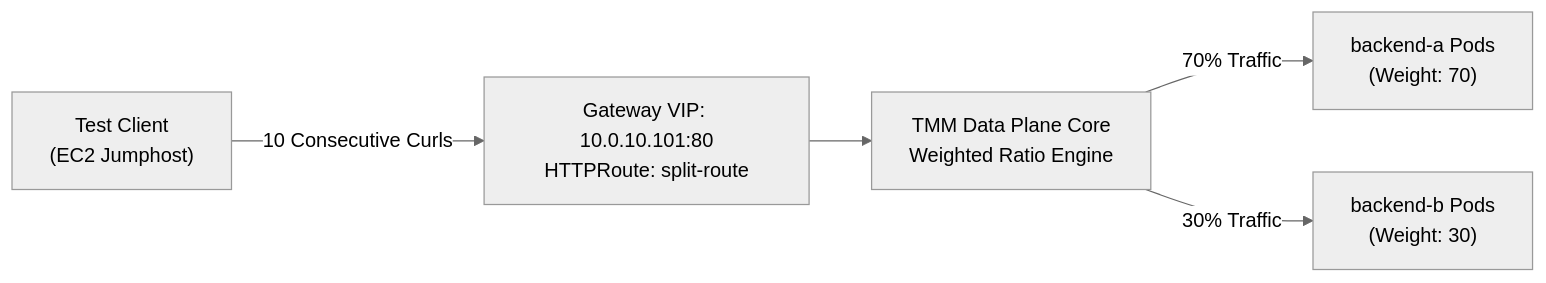
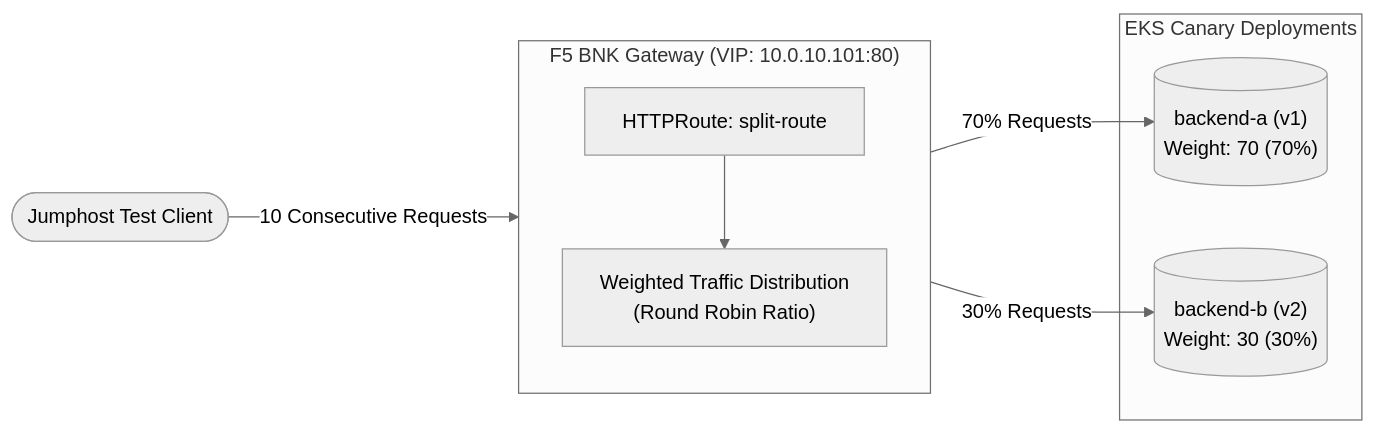
The second of 20 diagrams in docs/SCENARIOS.md (JLCode-tech/awsbnkctl), drawn with Mermaid (neutral theme) before and after one commit. The commit also changed other lines of this file and 2 other files, not shown here.

Commit message:
docs: modernize diagrams and remove sales jargon

````diff
--- a/docs/SCENARIOS.md
+++ b/docs/SCENARIOS.md
@@ -61,13 +69,20 @@
 ```mermaid
 flowchart LR
-    Client["Test Client<br/>(EC2 Jumphost)"]
-    VIP["Gateway VIP: 10.0.10.101:80<br/>HTTPRoute: split-route"]
-    TMM["TMM Data Plane Core<br/>Weighted Ratio Engine"]
-    BackendA["backend-a Pods<br/>(Weight: 70)"]
-    BackendB["backend-b Pods<br/>(Weight: 30)"]
+    Client([Jumphost Test Client])
 
-    Client -->|10 Consecutive Curls| VIP
-    VIP --> TMM
-    TMM -->|70% Traffic| BackendA
-    TMM -->|30% Traffic| BackendB
+    subgraph BNKGateway["F5 BNK Gateway (VIP: 10.0.10.101:80)"]
+        direction TB
+        Route["HTTPRoute: split-route"]
+        WeightEngine["Weighted Traffic Distribution<br/>(Round Robin Ratio)"]
+        Route --> WeightEngine
+    end
+
+    subgraph Workloads["EKS Canary Deployments"]
+        BackendA[("backend-a (v1)<br/>Weight: 70 (70%)")]
+        BackendB[("backend-b (v2)<br/>Weight: 30 (30%)")]
+    end
+
+    Client -->|10 Consecutive Requests| Route
+    WeightEngine -->|70% Requests| BackendA
+    WeightEngine -->|30% Requests| BackendB
 ```
````
